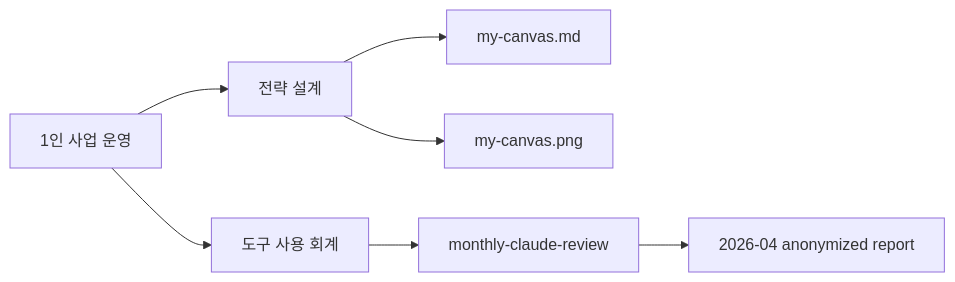
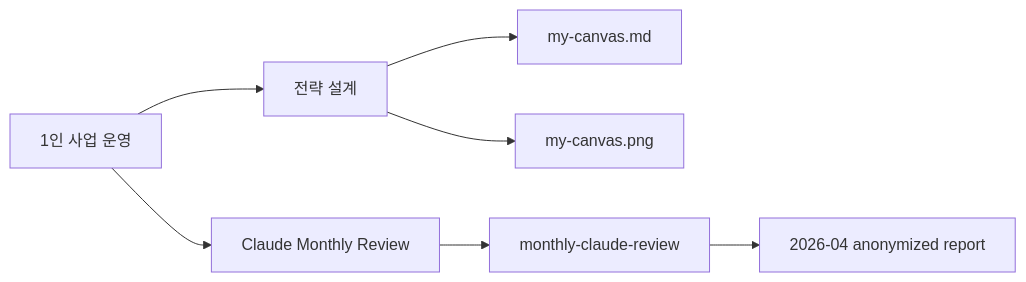
The diagram in examples/README.md (ggplab/solo-biz-playbook), drawn with Mermaid before and after one commit. The commit also changed other lines of this file and 8 other files, not shown here.

Commit message:
Rename tool accounting to Claude monthly review

````diff
--- a/examples/README.md
+++ b/examples/README.md
@@ -9,9 +9,9 @@
 ```mermaid
 flowchart LR
   A[1인 사업 운영] --> B[전략 설계]
-  A --> C[도구 사용 회계]
+  A --> C[Claude Monthly Review]
   B --> D[my-canvas.md]
   B --> E[my-canvas.png]
   C --> F[monthly-claude-review]
   F --> G[2026-04 anonymized report]
 ```
````
